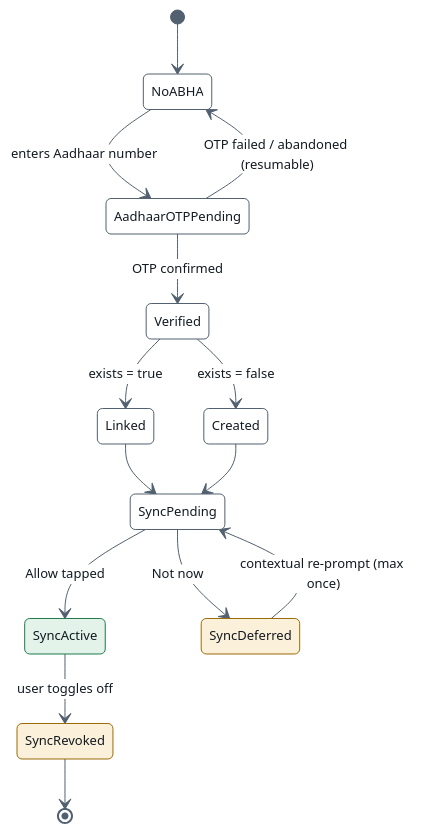
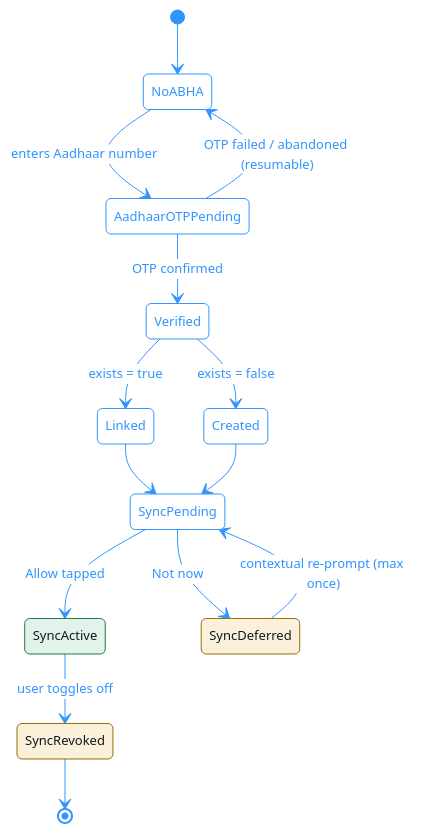
Before and after one commit to thedoorstepclinic/platform: the second of 3 diagrams in health/specs/002-onboarding-router-activation/flowchart.md, drawn with Mermaid. The commit also changed other lines of this file and 17 other files, not shown here.

````diff
--- a/health/specs/002-onboarding-router-activation/flowchart.md
+++ b/health/specs/002-onboarding-router-activation/flowchart.md
@@ -79,23 +79,23 @@
 ```mermaid
-%%{init: {'theme':'base', 'themeVariables': {'primaryColor':'#FFFFFF','primaryBorderColor':'#52606F','primaryTextColor':'#121A22','lineColor':'#52606F','fontFamily':'ui-monospace, SFMono-Regular, Consolas, monospace','fontSize':'13px'}}}%%
+%%{init: {'theme':'base', 'themeVariables': {'primaryColor':'#FFFFFF','primaryBorderColor':'#3194ff','primaryTextColor':'#3194ff','lineColor':'#3194ff','fontFamily':'ui-monospace, SFMono-Regular, Consolas, monospace','fontSize':'13px'}}}%%
 stateDiagram-v2
     [*] --> NoABHA
     NoABHA --> AadhaarOTPPending: enters Aadhaar number
     AadhaarOTPPending --> Verified: OTP confirmed
     AadhaarOTPPending --> NoABHA: OTP failed / abandoned (resumable)
     Verified --> Linked: exists = true
     Verified --> Created: exists = false
     Linked --> SyncPending
     Created --> SyncPending
     SyncPending --> SyncActive: Allow tapped
     SyncPending --> SyncDeferred: Not now
     SyncDeferred --> SyncPending: contextual re-prompt (max once)
     SyncActive --> SyncRevoked: user toggles off
     SyncRevoked --> [*]
 
     classDef good fill:#E3F3E9,stroke:#1F7A4C,color:#121A22
     classDef warn fill:#FBF0D9,stroke:#9A6B08,color:#121A22
 
     class SyncActive good
     class SyncDeferred,SyncRevoked warn
 ```
````
